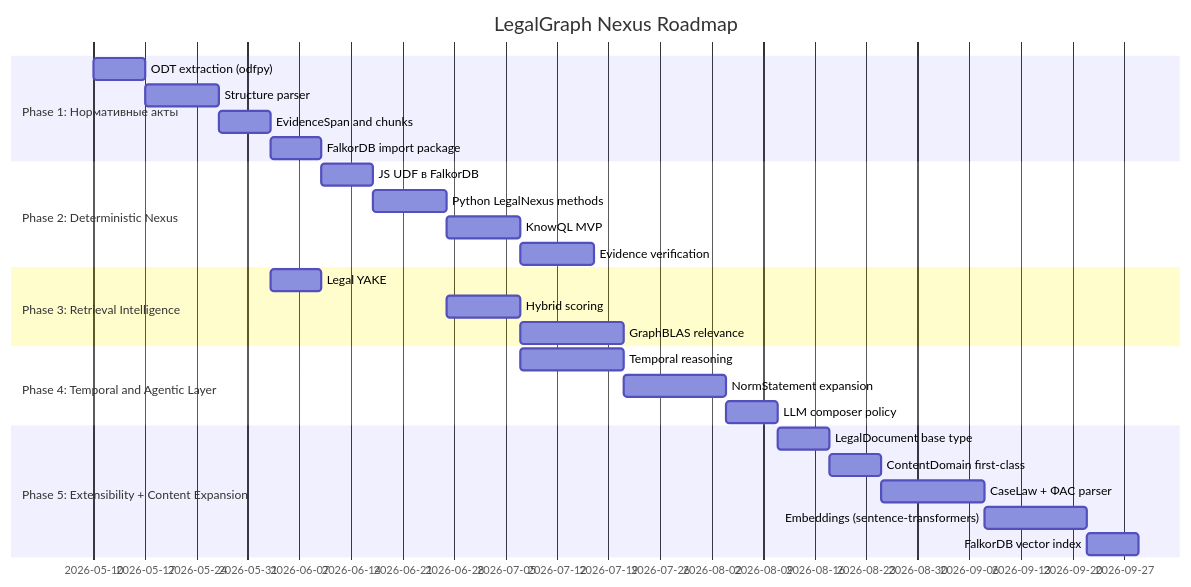
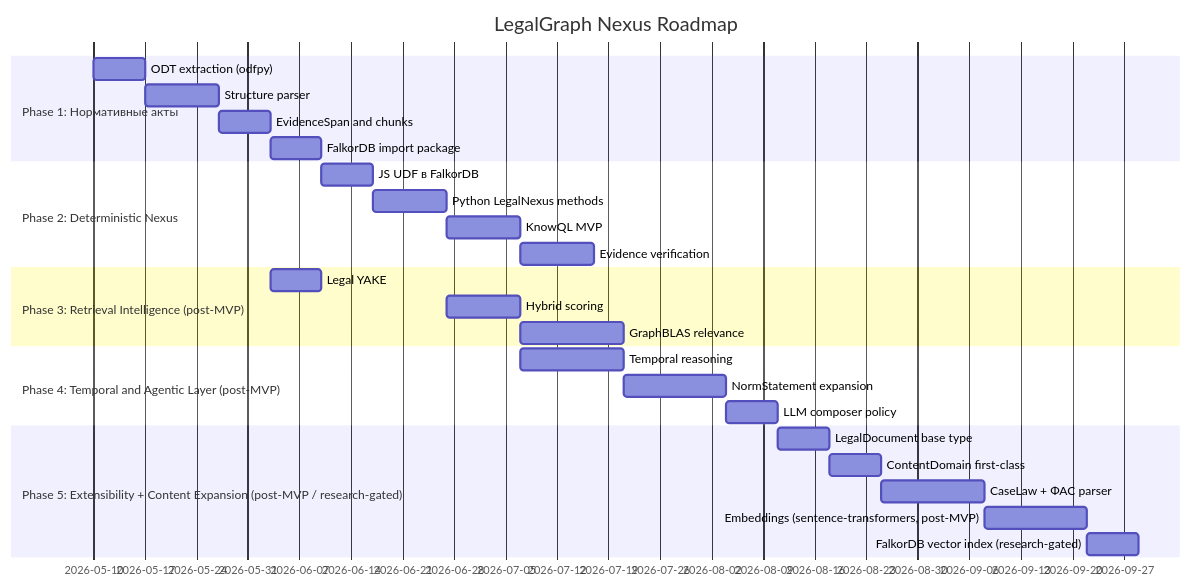
Before and after one commit to rager306/law-nexus: the eighth of 8 diagrams in prd/03_PRD.md, drawn with Mermaid. The commit also changed other lines of this file and 2 other files, not shown here.

First line of the commit message:
chore: auto-commit after reactive-execute

````diff
--- a/prd/03_PRD.md
+++ b/prd/03_PRD.md
@@ -889,29 +933,29 @@
 ```mermaid
 gantt
     title LegalGraph Nexus Roadmap
     dateFormat  YYYY-MM-DD
     section Phase 1: Нормативные акты
     ODT extraction (odfpy)            :a1, 2026-05-10, 7d
     Structure parser                  :a2, after a1, 10d
     EvidenceSpan and chunks           :a3, after a2, 7d
     FalkorDB import package           :a4, after a3, 7d
     section Phase 2: Deterministic Nexus
     JS UDF в FalkorDB                :b1, after a4, 7d
     Python LegalNexus methods         :b2, after b1, 10d
     KnowQL MVP                       :b3, after b2, 10d
     Evidence verification             :b4, after b3, 10d
-    section Phase 3: Retrieval Intelligence
+    section Phase 3: Retrieval Intelligence (post-MVP)
     Legal YAKE                       :c1, after a3, 7d
     Hybrid scoring                   :c2, after b2, 10d
     GraphBLAS relevance              :c3, after c2, 14d
-    section Phase 4: Temporal and Agentic Layer
+    section Phase 4: Temporal and Agentic Layer (post-MVP)
     Temporal reasoning               :d1, after b3, 14d
     NormStatement expansion          :d2, after d1, 14d
     LLM composer policy              :d3, after d2, 7d
-    section Phase 5: Extensibility + Content Expansion
+    section Phase 5: Extensibility + Content Expansion (post-MVP / research-gated)
     LegalDocument base type          :e1, after d3, 7d
     ContentDomain first-class        :e2, after e1, 7d
     CaseLaw + ФАС parser            :e3, after e2, 14d
-    Embeddings (sentence-transformers):e4, after e3, 14d
-    FalkorDB vector index           :e5, after e4, 7d
+    Embeddings (sentence-transformers, post-MVP):e4, after e3, 14d
+    FalkorDB vector index (research-gated):e5, after e4, 7d
 ```
````
